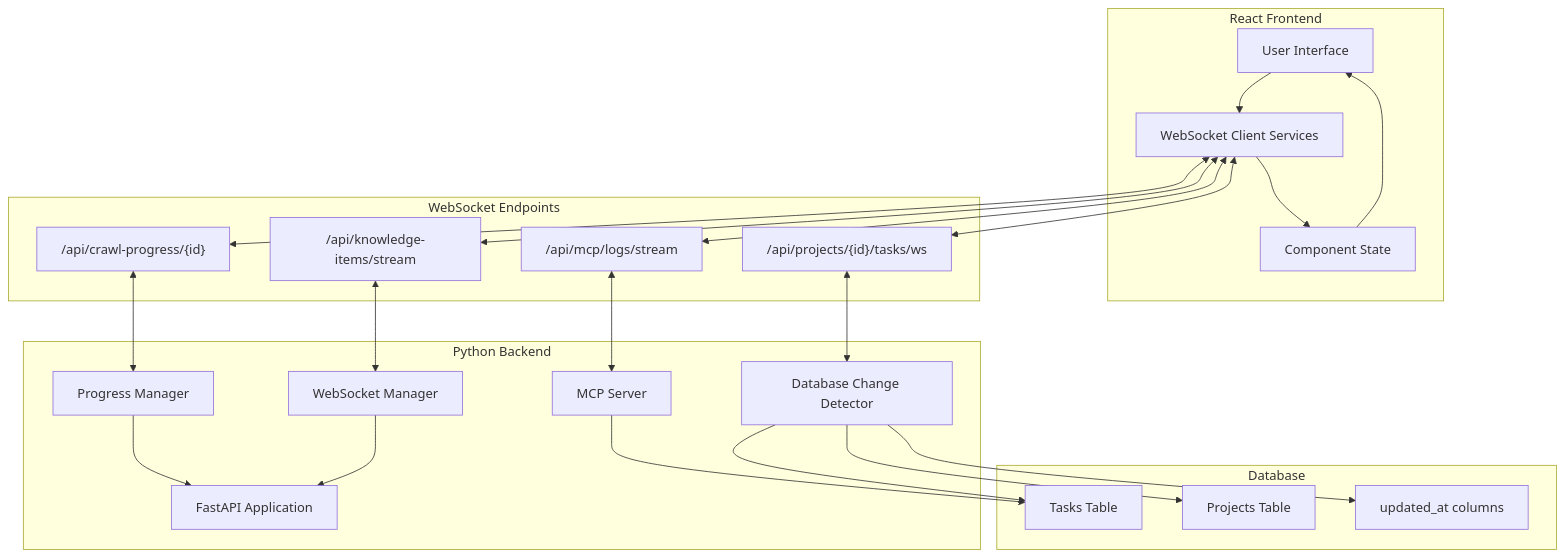
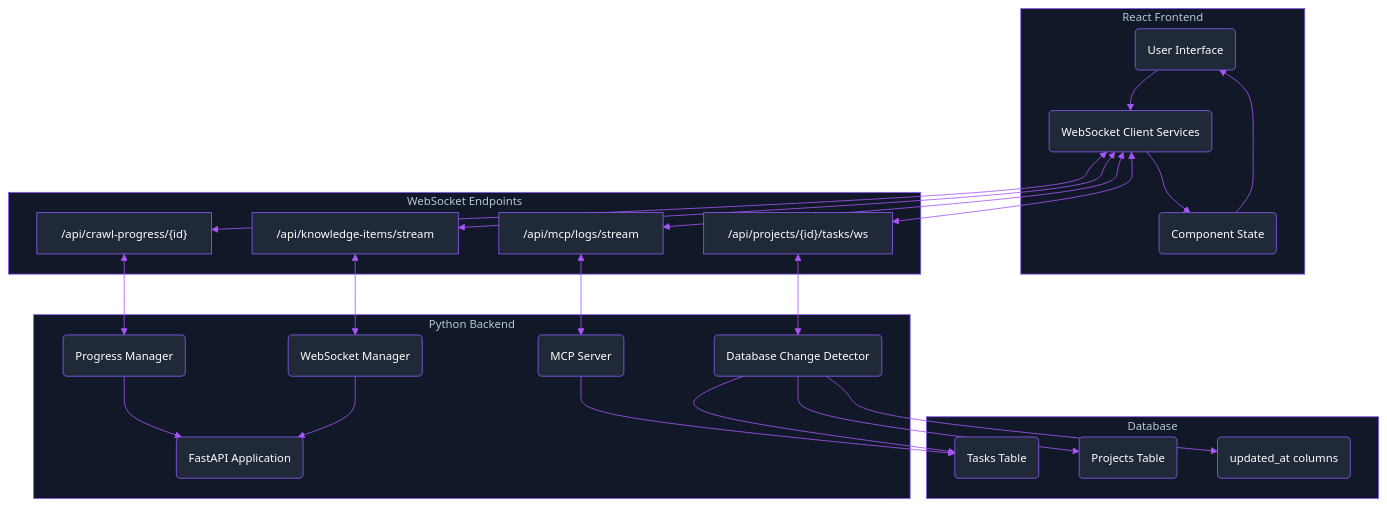
One commit to tarsonis125/mcp-crawl4ai-rag-ChromaDB-V1 changed the diagram in docs/docs/websockets.mdx. Above: the diagram before and after it, drawn with Mermaid. The commit also changed 18 other files, not shown here.

````diff
--- a/docs/docs/websockets.mdx
+++ b/docs/docs/websockets.mdx
@@ -22,48 +22,66 @@
 ```mermaid
+%%{init:{
+  'theme':'base',
+  'themeVariables': {
+    'primaryColor':'#1f2937',
+    'primaryTextColor':'#ffffff',
+    'primaryBorderColor':'#8b5cf6',
+    'lineColor':'#a855f7',
+    'textColor':'#ffffff',
+    'fontFamily':'Inter',
+    'fontSize':'14px',
+    'background':'#000000',
+    'mainBkg':'#1f2937',
+    'secondBkg':'#111827',
+    'borderColor':'#8b5cf6',
+    'clusterBkg':'#111827',
+    'clusterBorder':'#8b5cf6'
+  }
+}}%%
 graph TB
     subgraph "React Frontend"
-        UI[User Interface]
-        WS_Client[WebSocket Client Services]
-        State[Component State]
+        UI(User Interface)
+        WS_Client(WebSocket Client Services)
+        State(Component State)
     end
     
     subgraph "Python Backend"
-        FastAPI[FastAPI Application]
-        WS_Manager[WebSocket Manager]
-        Progress[Progress Manager]
-        DB_Detector[Database Change Detector]
-        MCP[MCP Server]
+        FastAPI(FastAPI Application)
+        WS_Manager(WebSocket Manager)
+        Progress(Progress Manager)
+        DB_Detector(Database Change Detector)
+        MCP(MCP Server)
     end
     
     subgraph "WebSocket Endpoints"
         EP1["/api/crawl-progress/{id}"]
         EP2["/api/mcp/logs/stream"]
         EP3["/api/knowledge-items/stream"]
         EP4["/api/projects/{id}/tasks/ws"]
     end
     
     subgraph "Database"
-        Tasks[Tasks Table]
-        Projects[Projects Table]
-        Timestamps[updated_at columns]
+        Tasks(Tasks Table)
+        Projects(Projects Table)
+        Timestamps(updated_at columns)
     end
     
     UI --> WS_Client
     WS_Client <--> EP1
     WS_Client <--> EP2
     WS_Client <--> EP3
     WS_Client <--> EP4
     EP1 <--> Progress
     EP2 <--> MCP
     EP3 <--> WS_Manager
     EP4 <--> DB_Detector
     Progress --> FastAPI
     MCP --> Tasks
     DB_Detector --> Tasks
     DB_Detector --> Projects
     DB_Detector --> Timestamps
     WS_Manager --> FastAPI
     
     State --> UI
     WS_Client --> State
 ```
````
